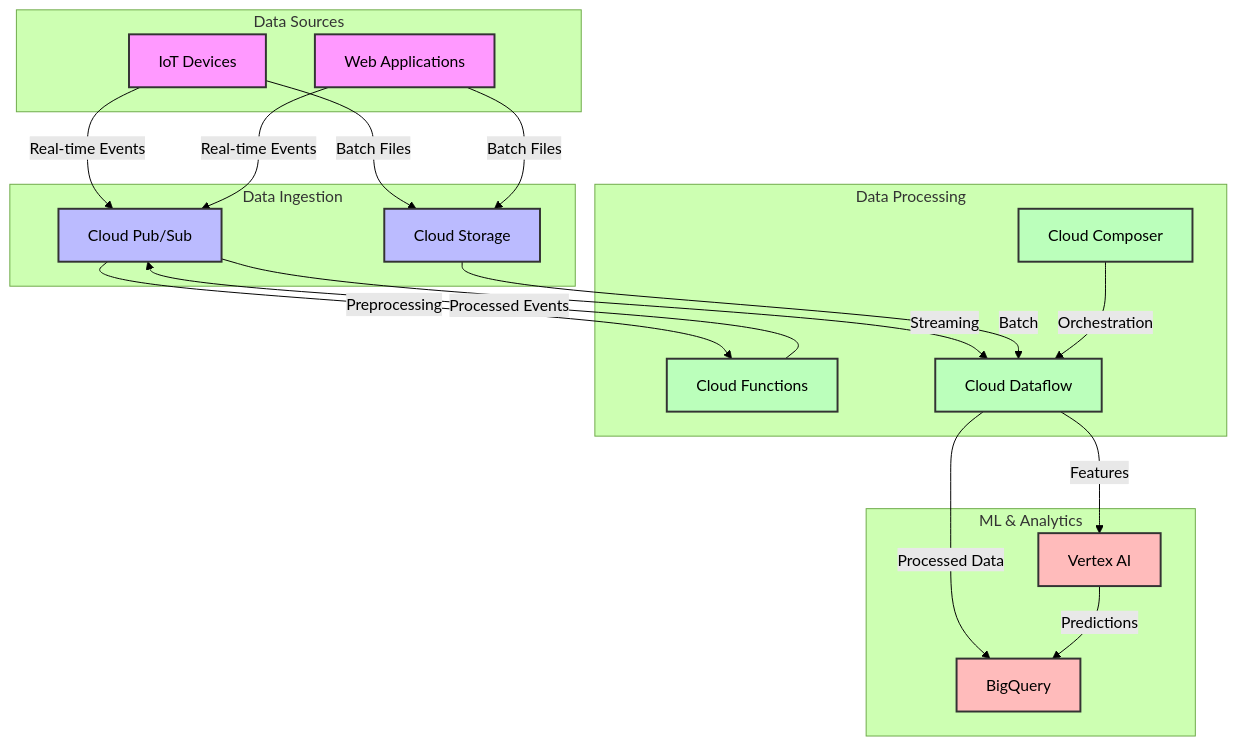
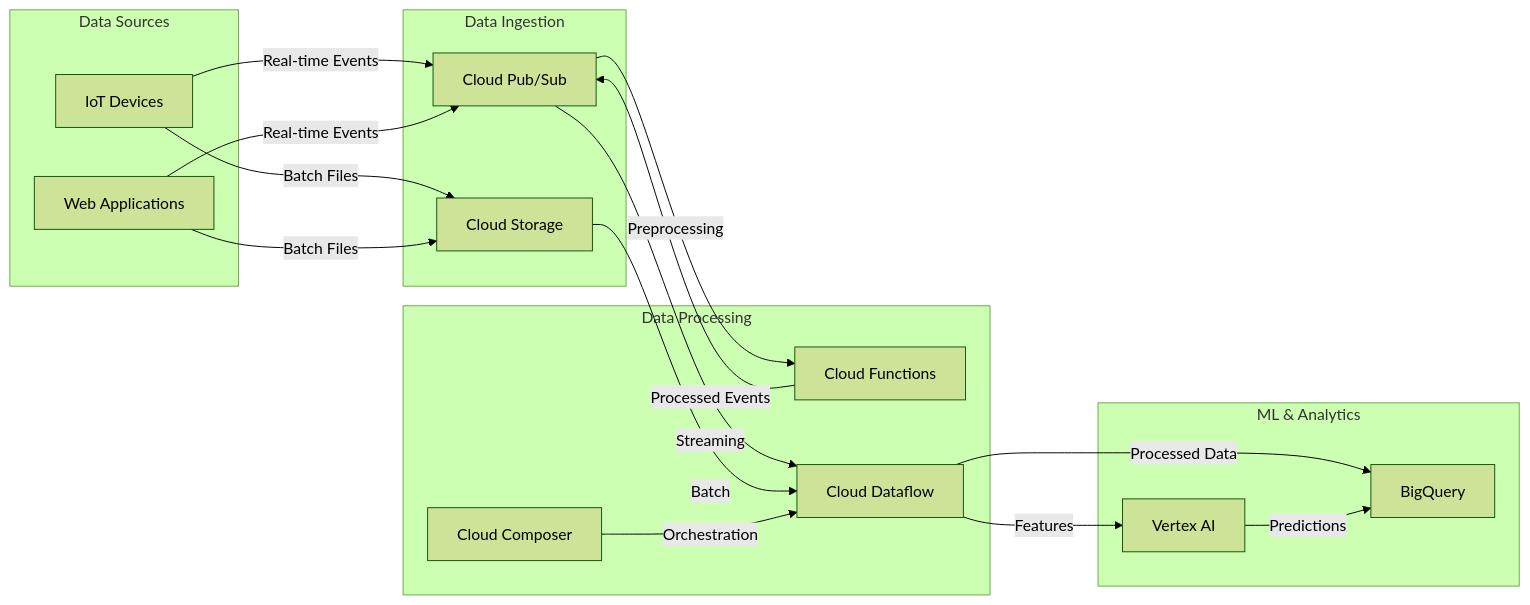
The diagram in Readme.md (Pasupuleti-rajesh-babu/gcp-streaming-batch-pipeline), drawn with Mermaid (forest theme) before and after one commit.

````diff
--- a/Readme.md
+++ b/Readme.md
@@ -8,48 +8,43 @@
 ```mermaid
-graph TB
-    subgraph "Data Sources"
+flowchart LR
+    %% Data Sources
+    subgraph DS[Data Sources]
         IoT[IoT Devices]
         Web[Web Applications]
     end
 
-    subgraph "Data Ingestion"
-        PS[Cloud Pub/Sub]
+    %% Data Ingestion
+    subgraph DI[Data Ingestion]
+        PubSub[Cloud Pub/Sub]
         GCS[Cloud Storage]
     end
 
-    subgraph "Data Processing"
+    %% Data Processing
+    subgraph DP[Data Processing]
         CF[Cloud Functions]
         DF[Cloud Dataflow]
-        CP[Cloud Composer]
+        CC[Cloud Composer]
     end
 
-    subgraph "ML & Analytics"
+    %% ML & Analytics
+    subgraph ML[ML & Analytics]
         VA[Vertex AI]
         BQ[BigQuery]
     end
 
-    IoT -->|Real-time Events| PS
-    Web -->|Real-time Events| PS
-    IoT -->|Batch Files| GCS
-    Web -->|Batch Files| GCS
+    %% Flows
+    IoT -- Real-time Events --> PubSub
+    Web -- Real-time Events --> PubSub
+    IoT -- Batch Files --> GCS
+    Web -- Batch Files --> GCS
 
-    PS -->|Preprocessing| CF
-    CF -->|Processed Events| PS
-    PS -->|Streaming| DF
-    GCS -->|Batch| DF
+    PubSub -- "Preprocessing" --> CF
+    CF -- "Processed Events" --> PubSub
+    PubSub -- "Streaming" --> DF
+    GCS -- "Batch" --> DF
+    CC -- "Orchestration" --> DF
 
-    CP -->|Orchestration| DF
-    DF -->|Processed Data| BQ
-    DF -->|Features| VA
-    VA -->|Predictions| BQ
-
-    style IoT fill:#f9f,stroke:#333,stroke-width:2px
-    style Web fill:#f9f,stroke:#333,stroke-width:2px
-    style PS fill:#bbf,stroke:#333,stroke-width:2px
-    style GCS fill:#bbf,stroke:#333,stroke-width:2px
-    style CF fill:#bfb,stroke:#333,stroke-width:2px
-    style DF fill:#bfb,stroke:#333,stroke-width:2px
-    style CP fill:#bfb,stroke:#333,stroke-width:2px
-    style VA fill:#fbb,stroke:#333,stroke-width:2px
-    style BQ fill:#fbb,stroke:#333,stroke-width:2px
+    DF -- "Processed Data" --> BQ
+    DF -- "Features" --> VA
+    VA -- "Predictions" --> BQ
 ```
````
